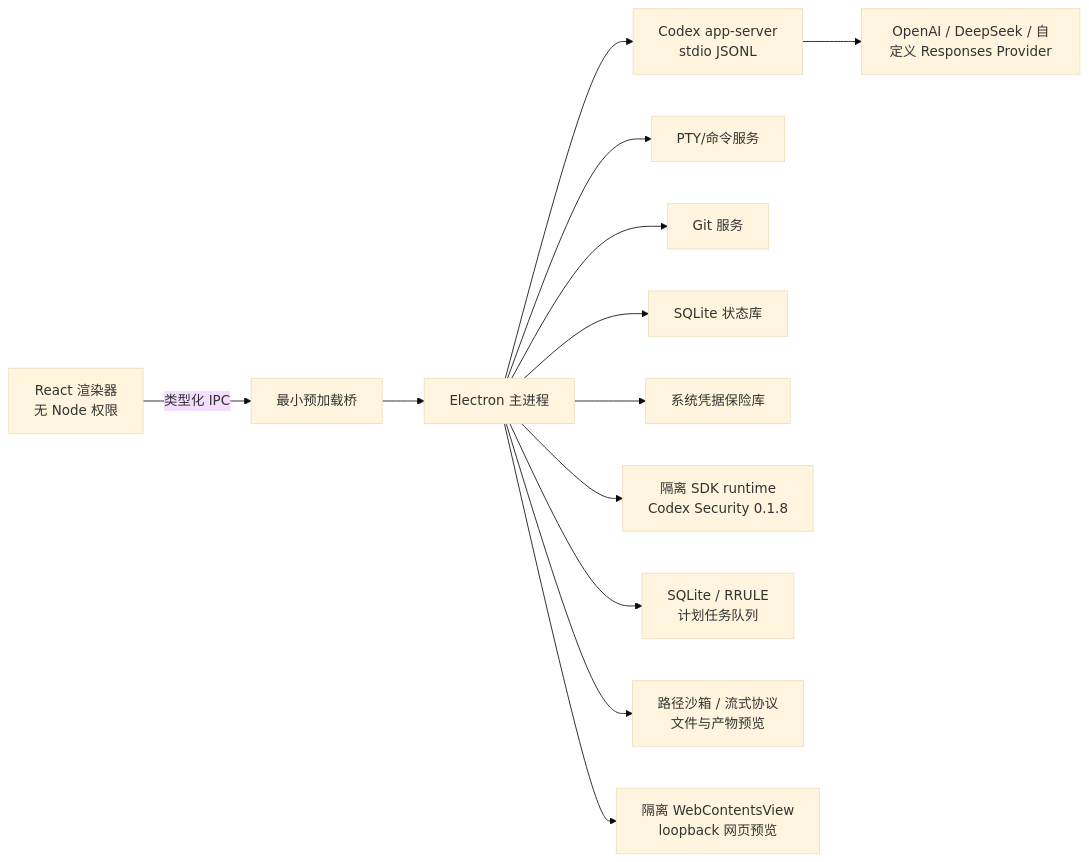
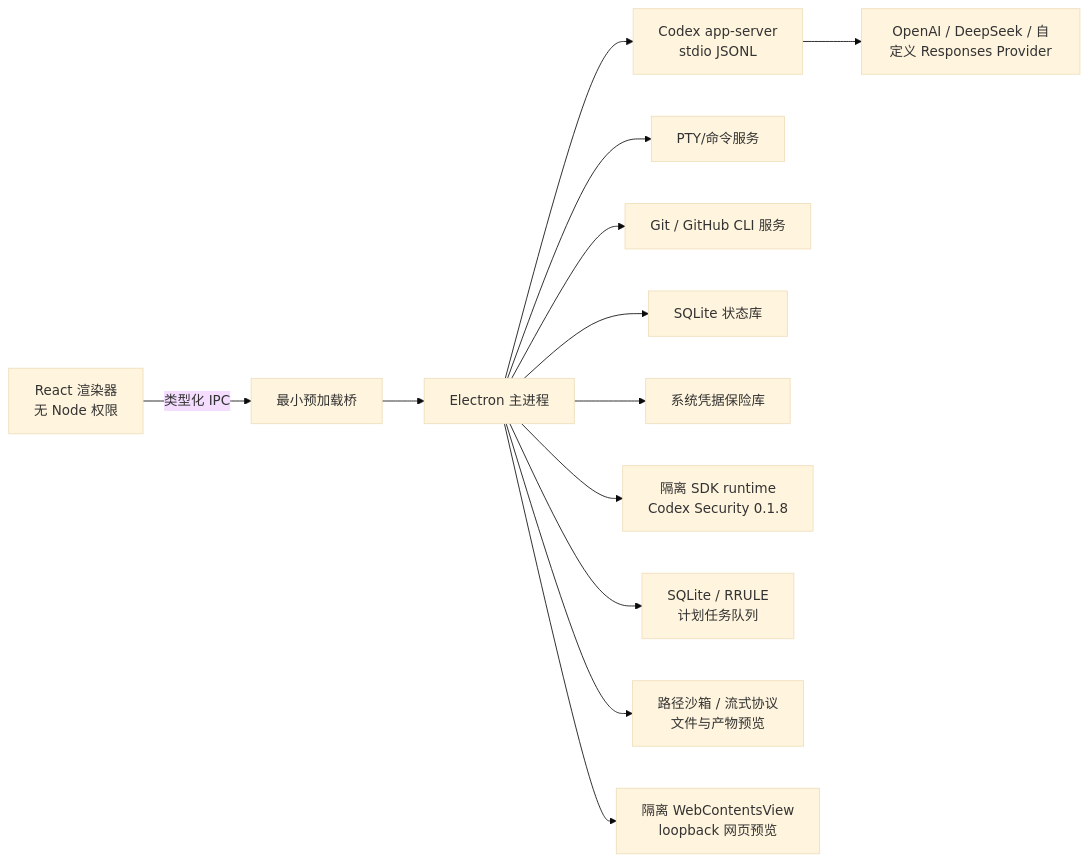
The diagram in docs/ARCHITECTURE.md (xingchen20lj/norevinq-desktop), drawn with Mermaid (base theme) before and after one commit. The commit also changed other lines of this file and 22 other files, not shown here.

Commit message:
feat: add verified GitHub pull request flow

````diff
--- a/docs/ARCHITECTURE.md
+++ b/docs/ARCHITECTURE.md
@@ -9,15 +9,15 @@
 ```mermaid
 flowchart LR
   UI["React 渲染器<br/>无 Node 权限"] -->|"类型化 IPC"| Preload["最小预加载桥"]
   Preload --> Main["Electron 主进程"]
   Main --> Runtime["Codex app-server<br/>stdio JSONL"]
   Main --> PTY["PTY/命令服务"]
-  Main --> Git["Git 服务"]
+  Main --> Git["Git / GitHub CLI 服务"]
   Main --> DB["SQLite 状态库"]
   Main --> Keys["系统凭据保险库"]
   Main --> Security["隔离 SDK runtime<br/>Codex Security 0.1.8"]
   Main --> Scheduler["SQLite / RRULE<br/>计划任务队列"]
   Main --> Files["路径沙箱 / 流式协议<br/>文件与产物预览"]
   Main --> Browser["隔离 WebContentsView<br/>loopback 网页预览"]
   Runtime --> Providers["OpenAI / DeepSeek / 自定义 Responses Provider"]
 ```
````
